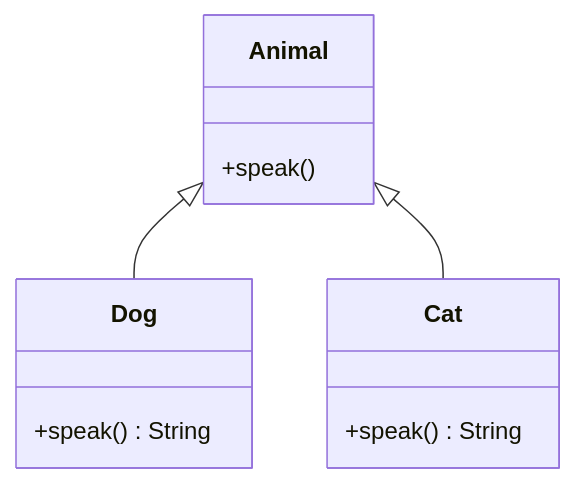
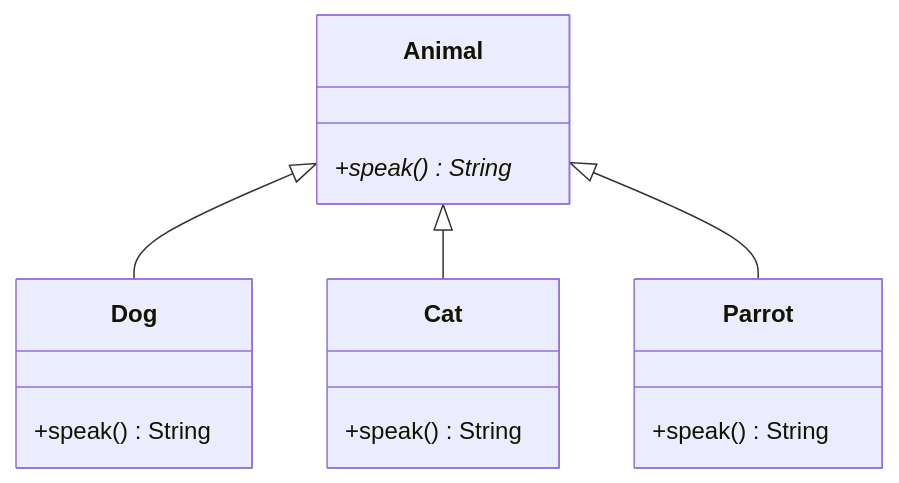
Before and after one commit to labasef/python-oop: the sixth of 7 diagrams in sections/01_core_concepts.md, drawn with Mermaid. The commit also changed other lines of this file and 7 other files, not shown here.

````diff
--- a/sections/01_core_concepts.md
+++ b/sections/01_core_concepts.md
@@ -147,14 +342,18 @@
 ```mermaid
 classDiagram
     Animal <|-- Dog
     Animal <|-- Cat
+    Animal <|-- Parrot
     class Animal {
-        +speak()
+        +speak() String*
     }
     class Dog {
         +speak() String
     }
     class Cat {
         +speak() String
     }
+    class Parrot {
+        +speak() String
+    }
 ```
````
